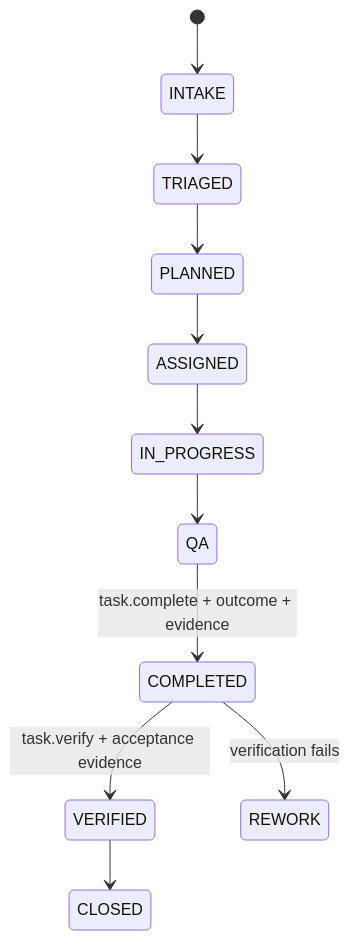
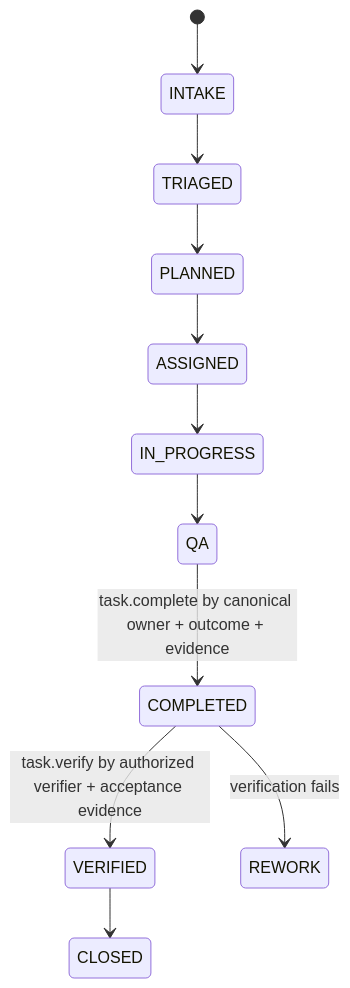
Before and after one commit to mkleinbe/mesh-ai-agent-cos-universe: the sixth of 6 diagrams in docs/architecture.md, drawn with Mermaid. The commit also changed other lines of this file, not shown here.

Commit message:
docs: integrate identity-aware delegated owner architecture

````diff
--- a/docs/architecture.md
+++ b/docs/architecture.md
@@ -125,13 +167,13 @@
 ```mermaid
 stateDiagram-v2
     [*] --> INTAKE
     INTAKE --> TRIAGED
     TRIAGED --> PLANNED
     PLANNED --> ASSIGNED
     ASSIGNED --> IN_PROGRESS
     IN_PROGRESS --> QA
-    QA --> COMPLETED: task.complete + outcome + evidence
-    COMPLETED --> VERIFIED: task.verify + acceptance evidence
+    QA --> COMPLETED: task.complete by canonical owner + outcome + evidence
+    COMPLETED --> VERIFIED: task.verify by authorized verifier + acceptance evidence
     COMPLETED --> REWORK: verification fails
     VERIFIED --> CLOSED
 ```
````
